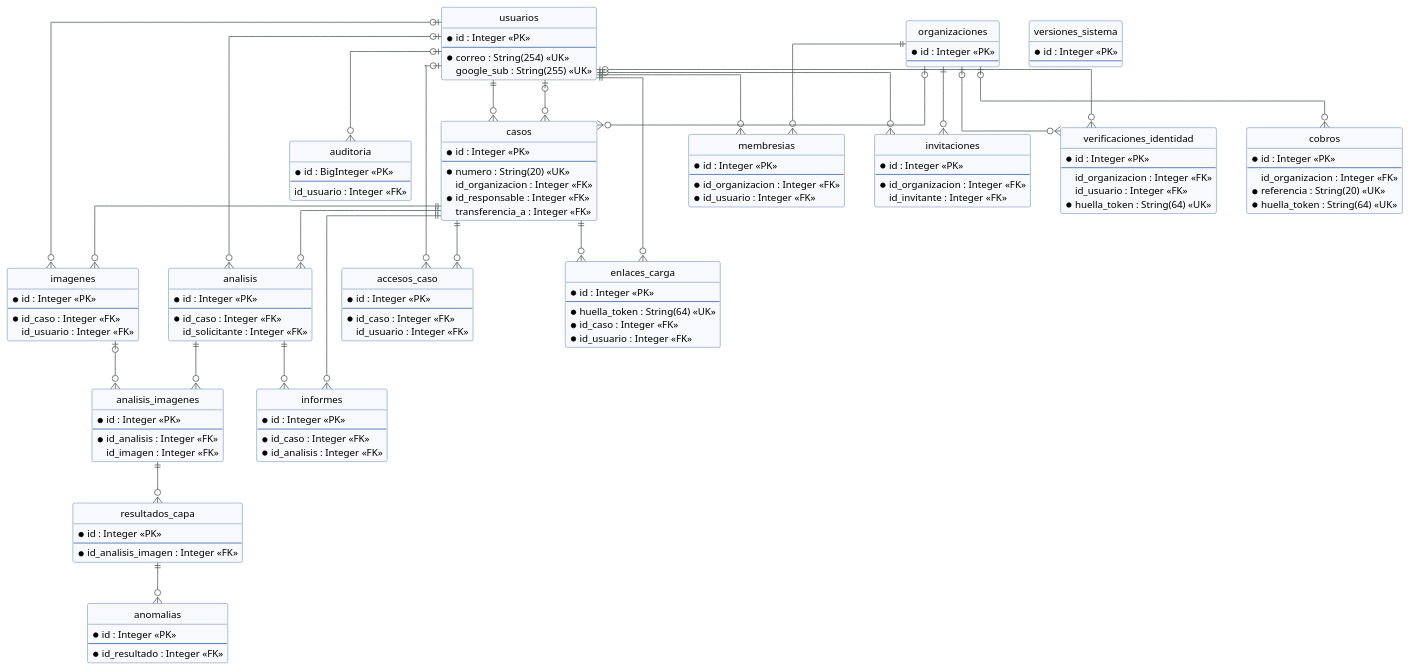
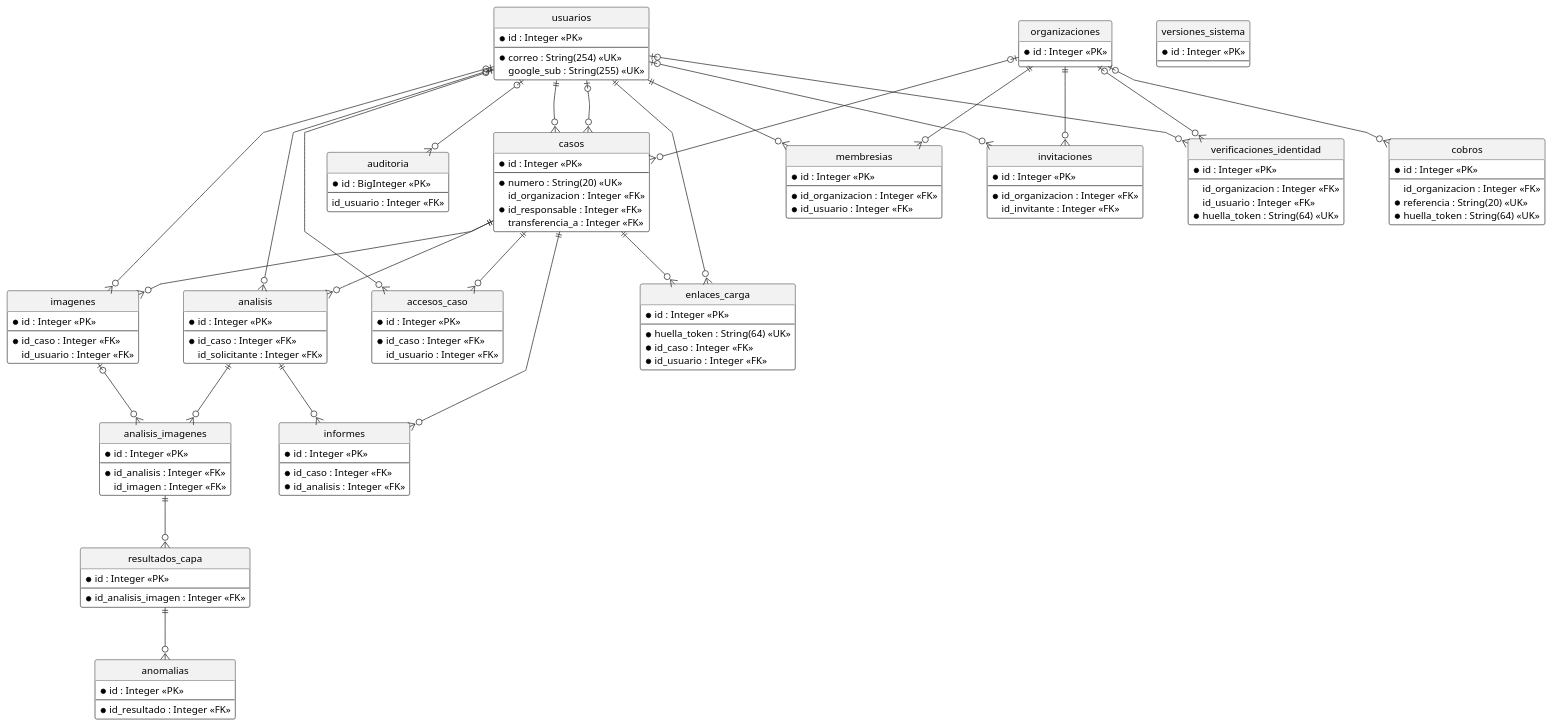
Before and after one commit to valentinasalmon/PFG-sistema-deteccion-IA: the diagram in docs/arquitectura/diagramas/04-modelo-de-datos.puml, drawn with PlantUML. The commit also changed 32 other files, not shown here.

First line of the commit message:
estilo(diagramas): diagramas ordenados con aspecto de hechos a mano

```diff
--- a/docs/arquitectura/diagramas/04-modelo-de-datos.puml
+++ b/docs/arquitectura/diagramas/04-modelo-de-datos.puml
@@ -1,139 +1,143 @@
 @startuml modelo-de-datos
 skinparam defaultFontName Arial
 skinparam defaultFontSize 13
 skinparam shadowing false
 skinparam ArrowColor #4E5B54
 skinparam nodesep 40
 skinparam ranksep 55
 hide circle
-skinparam linetype ortho
-skinparam classBackgroundColor #F7F9FC
-skinparam classBorderColor #2F5DA8
+skinparam linetype polyline
+skinparam nodesep 60
+skinparam ranksep 70
+skinparam ArrowColor #333333
+skinparam classBackgroundColor #FFFFFF
+skinparam classBorderColor #333333
+skinparam classHeaderBackgroundColor #F2F2F2
 
 entity "analisis" as analisis {
   * id : Integer <<PK>>
   --
   * id_caso : Integer <<FK>>
   id_solicitante : Integer <<FK>>
 }
 entity "analisis_imagenes" as analisis_imagenes {
   * id : Integer <<PK>>
   --
   * id_analisis : Integer <<FK>>
   id_imagen : Integer <<FK>>
 }
 entity "resultados_capa" as resultados_capa {
   * id : Integer <<PK>>
   --
   * id_analisis_imagen : Integer <<FK>>
 }
 entity "anomalias" as anomalias {
   * id : Integer <<PK>>
   --
   * id_resultado : Integer <<FK>>
 }
 entity "casos" as casos {
   * id : Integer <<PK>>
   --
   * numero : String(20) <<UK>>
   id_organizacion : Integer <<FK>>
   * id_responsable : Integer <<FK>>
   transferencia_a : Integer <<FK>>
 }
 entity "accesos_caso" as accesos_caso {
   * id : Integer <<PK>>
   --
   * id_caso : Integer <<FK>>
   id_usuario : Integer <<FK>>
 }
 entity "cobros" as cobros {
   * id : Integer <<PK>>
   --
   id_organizacion : Integer <<FK>>
   * referencia : String(20) <<UK>>
   * huella_token : String(64) <<UK>>
 }
 entity "enlaces_carga" as enlaces_carga {
   * id : Integer <<PK>>
   --
   * huella_token : String(64) <<UK>>
   * id_caso : Integer <<FK>>
   * id_usuario : Integer <<FK>>
 }
 entity "auditoria" as auditoria {
   * id : BigInteger <<PK>>
   --
   id_usuario : Integer <<FK>>
 }
 entity "imagenes" as imagenes {
   * id : Integer <<PK>>
   --
   * id_caso : Integer <<FK>>
   id_usuario : Integer <<FK>>
 }
 entity "informes" as informes {
   * id : Integer <<PK>>
   --
   * id_caso : Integer <<FK>>
   * id_analisis : Integer <<FK>>
 }
 entity "organizaciones" as organizaciones {
   * id : Integer <<PK>>
   --
 }
 entity "membresias" as membresias {
   * id : Integer <<PK>>
   --
   * id_organizacion : Integer <<FK>>
   * id_usuario : Integer <<FK>>
 }
 entity "invitaciones" as invitaciones {
   * id : Integer <<PK>>
   --
   * id_organizacion : Integer <<FK>>
   id_invitante : Integer <<FK>>
 }
 entity "usuarios" as usuarios {
   * id : Integer <<PK>>
   --
   * correo : String(254) <<UK>>
   google_sub : String(255) <<UK>>
 }
 entity "verificaciones_identidad" as verificaciones_identidad {
   * id : Integer <<PK>>
   --
   id_organizacion : Integer <<FK>>
   id_usuario : Integer <<FK>>
   * huella_token : String(64) <<UK>>
 }
 entity "versiones_sistema" as versiones_sistema {
   * id : Integer <<PK>>
   --
 }
 
 casos ||--o{ analisis
 usuarios |o--o{ analisis
 analisis ||--o{ analisis_imagenes
 imagenes |o--o{ analisis_imagenes
 analisis_imagenes ||--o{ resultados_capa
 resultados_capa ||--o{ anomalias
 organizaciones |o--o{ casos
 usuarios ||--o{ casos
 usuarios |o--o{ casos
 casos ||--o{ accesos_caso
 usuarios |o--o{ accesos_caso
 organizaciones |o--o{ cobros
 casos ||--o{ enlaces_carga
 usuarios ||--o{ enlaces_carga
 usuarios |o--o{ auditoria
 casos ||--o{ imagenes
 usuarios |o--o{ imagenes
 casos ||--o{ informes
 analisis ||--o{ informes
 organizaciones ||--o{ membresias
 usuarios ||--o{ membresias
 organizaciones ||--o{ invitaciones
 usuarios |o--o{ invitaciones
 organizaciones |o--o{ verificaciones_identidad
 usuarios |o--o{ verificaciones_identidad
 @enduml
```
